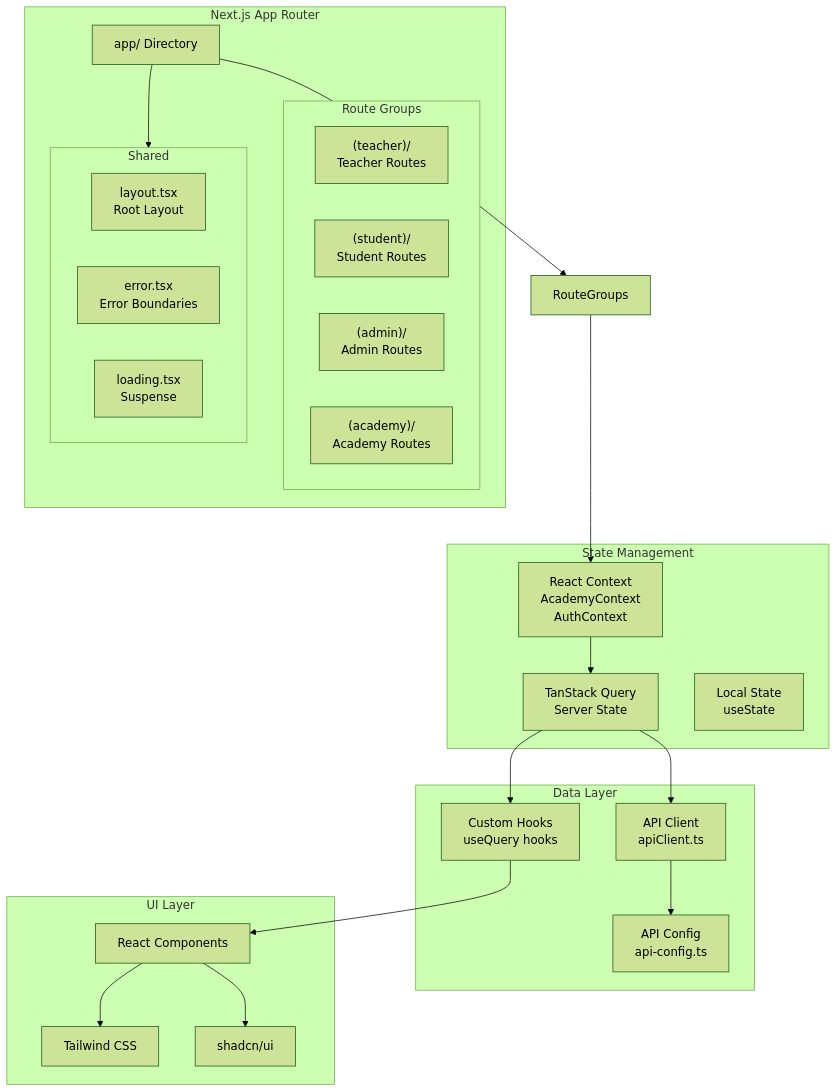
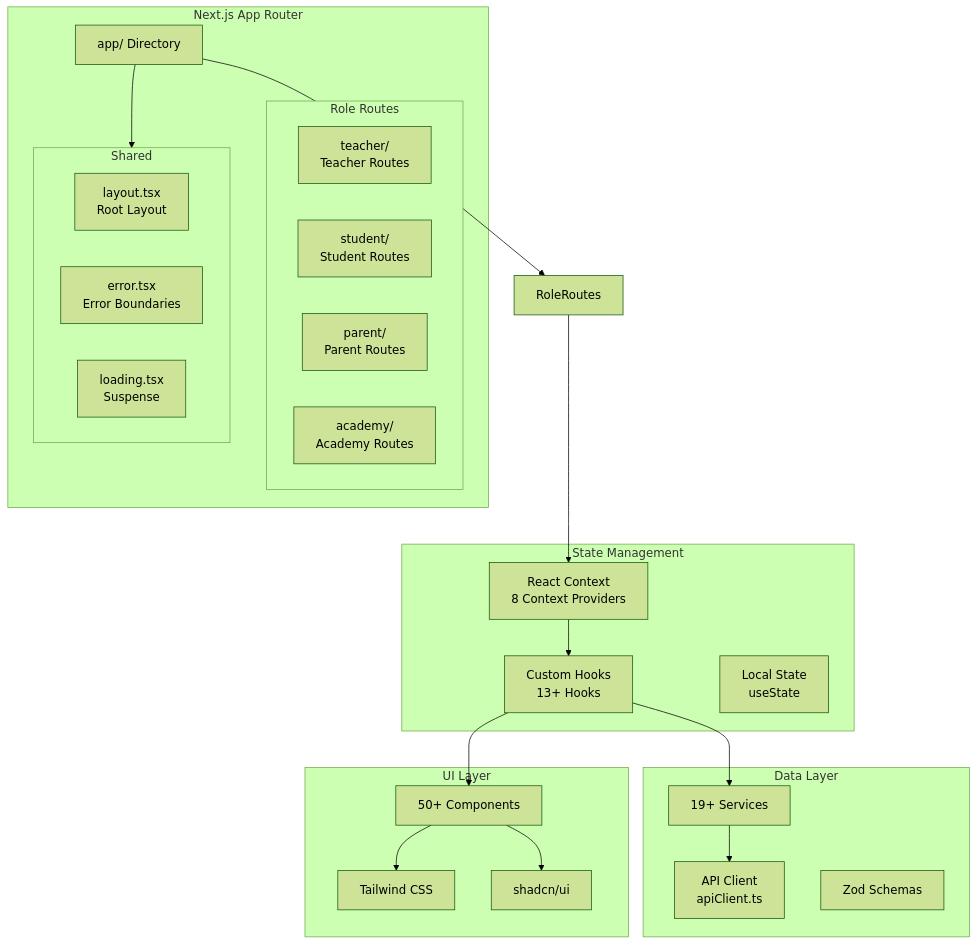
The diagram in docs/frontend/architecture.md (Abdelrahman842003/lms), drawn with Mermaid (forest theme) before and after one commit. The commit also changed other lines of this file and 72 other files, not shown here.

````diff
--- a/docs/frontend/architecture.md
+++ b/docs/frontend/architecture.md
@@ -12,64 +12,60 @@
 ```mermaid
 flowchart TB
     subgraph "Next.js App Router"
         AppDir["app/ Directory"]
-        
-        subgraph "Route Groups"
-            Teacher["(teacher)/
+
+        subgraph "Role Routes"
+            Teacher["teacher/
             Teacher Routes"]
-            Student["(student)/
+            Student["student/
             Student Routes"]
-            Admin["(admin)/
-            Admin Routes"]
-            Academy["(academy)/
+            Parent["parent/
+            Parent Routes"]
+            Academy["academy/
             Academy Routes"]
         end
-        
+
         subgraph "Shared"
             Layout["layout.tsx
             Root Layout"]
             Error["error.tsx
             Error Boundaries"]
             Loading["loading.tsx
             Suspense"]
         end
     end
-    
+
     subgraph "State Management"
         Context["React Context
-        AcademyContext
-        AuthContext"]
-        Query["TanStack Query
-      Server State"]
+        8 Context Providers"]
+        Hooks["Custom Hooks
+        13+ Hooks"]
         Local["Local State
-      useState"]
+        useState"]
     end
-    
+
     subgraph "Data Layer"
         API["API Client
-      apiClient.ts"]
-        Config["API Config
-      api-config.ts"]
-        Hooks["Custom Hooks
-      useQuery hooks"]
+        apiClient.ts"]
+        Services["19+ Services"]
+        Schemas["Zod Schemas"]
     end
-    
+
     subgraph "UI Layer"
-        Components["React Components"]
+        Components["50+ Components"]
         Tailwind["Tailwind CSS"]
         Shadcn["shadcn/ui"]
     end
-    
-    AppDir --> RouteGroups
+
+    AppDir --> RoleRoutes
     AppDir --> Shared
-    
-    RouteGroups --> Context
-    Context --> Query
-    Query --> API
-    API --> Config
-    
-    Query --> Hooks
+
+    RoleRoutes --> Context
+    Context --> Hooks
+    Hooks --> Services
+    Services --> API
+
     Hooks --> Components
     Components --> Tailwind
     Components --> Shadcn
 ```
````
